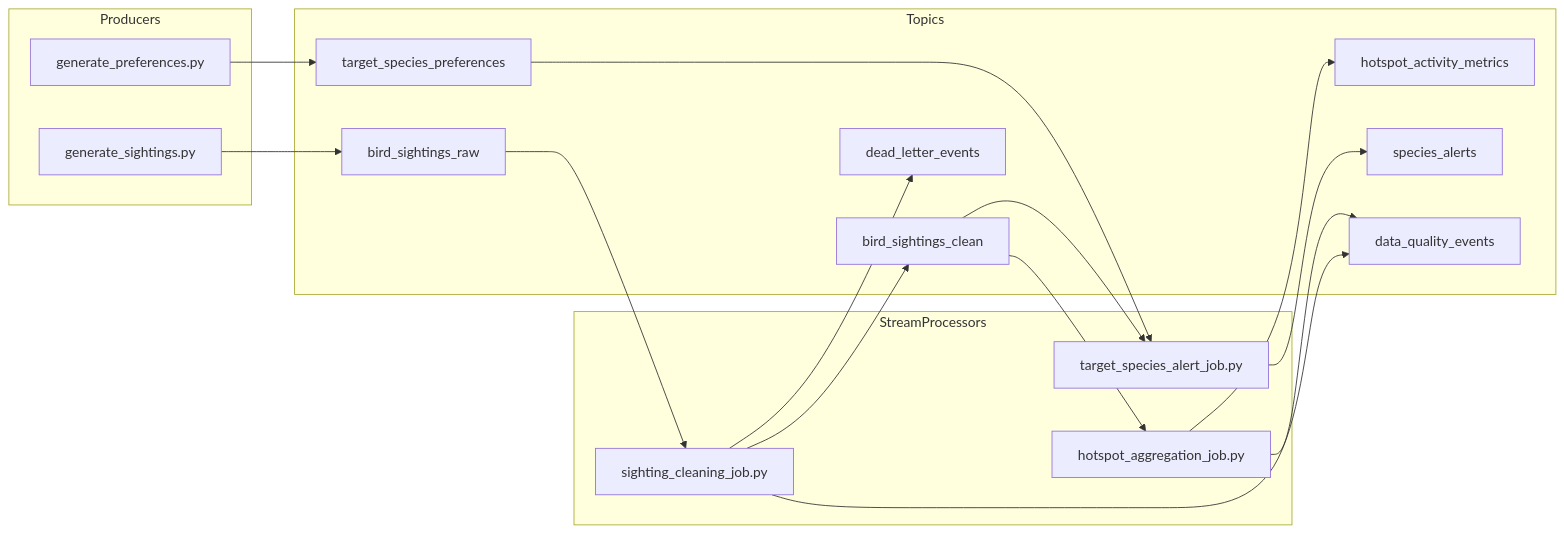
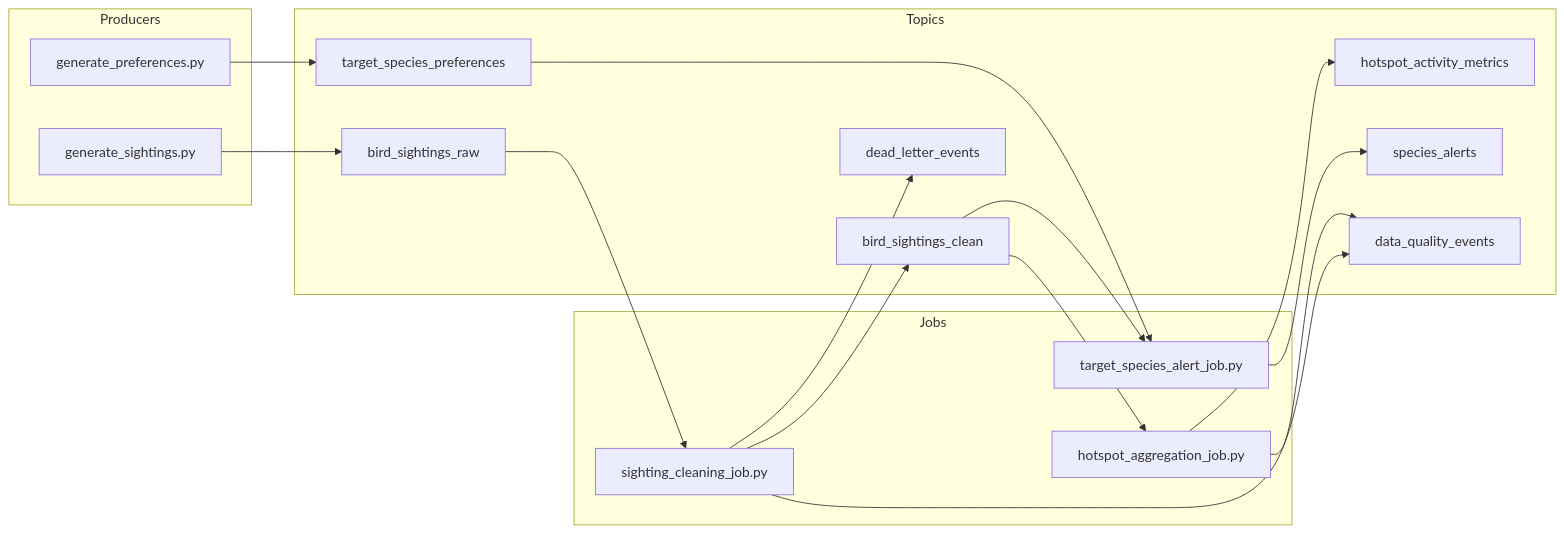
Before and after one commit to korsakowii/birding-buddy-streaming-core: the diagram in README.md, drawn with Mermaid. The commit also changed other lines of this file, not shown here.

````diff
--- a/README.md
+++ b/README.md
@@ -13,36 +14,33 @@
 ```mermaid
 flowchart LR
   subgraph Producers
     PS[generate_sightings.py]
     PP[generate_preferences.py]
   end
-
   subgraph Topics
     TR[bird_sightings_raw]
     TP[target_species_preferences]
     TC[bird_sightings_clean]
     HM[hotspot_activity_metrics]
     SA[species_alerts]
     DQ[data_quality_events]
     DL[dead_letter_events]
   end
-
-  subgraph StreamProcessors
+  subgraph Jobs
     J1[sighting_cleaning_job.py]
     J2[hotspot_aggregation_job.py]
     J3[target_species_alert_job.py]
   end
-
   PS --> TR
   PP --> TP
   TR --> J1
   J1 --> TC
   J1 --> DL
   J1 --> DQ
   TC --> J2
   TC --> J3
   TP --> J3
   J2 --> HM
   J2 --> DQ
   J3 --> SA
 ```
````
